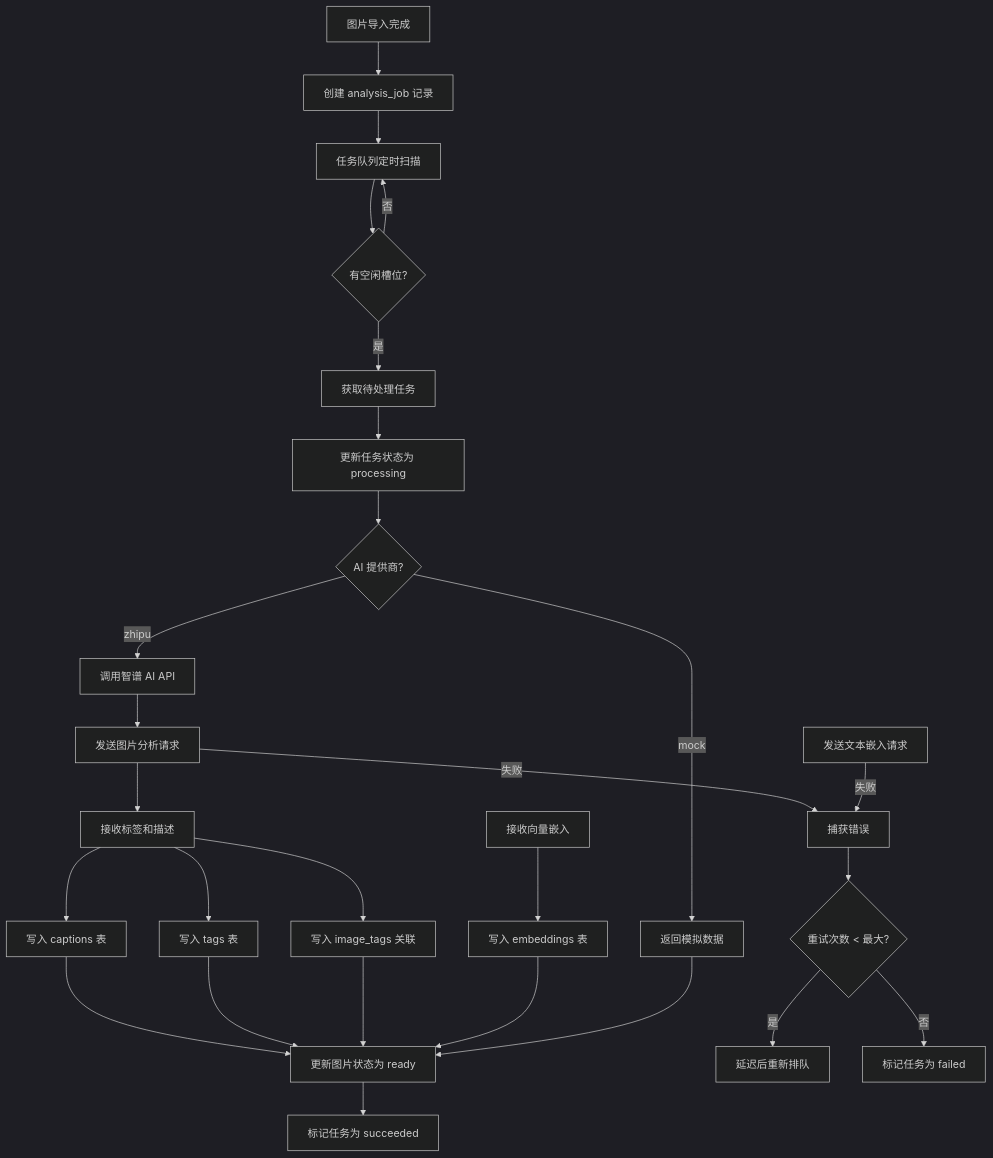
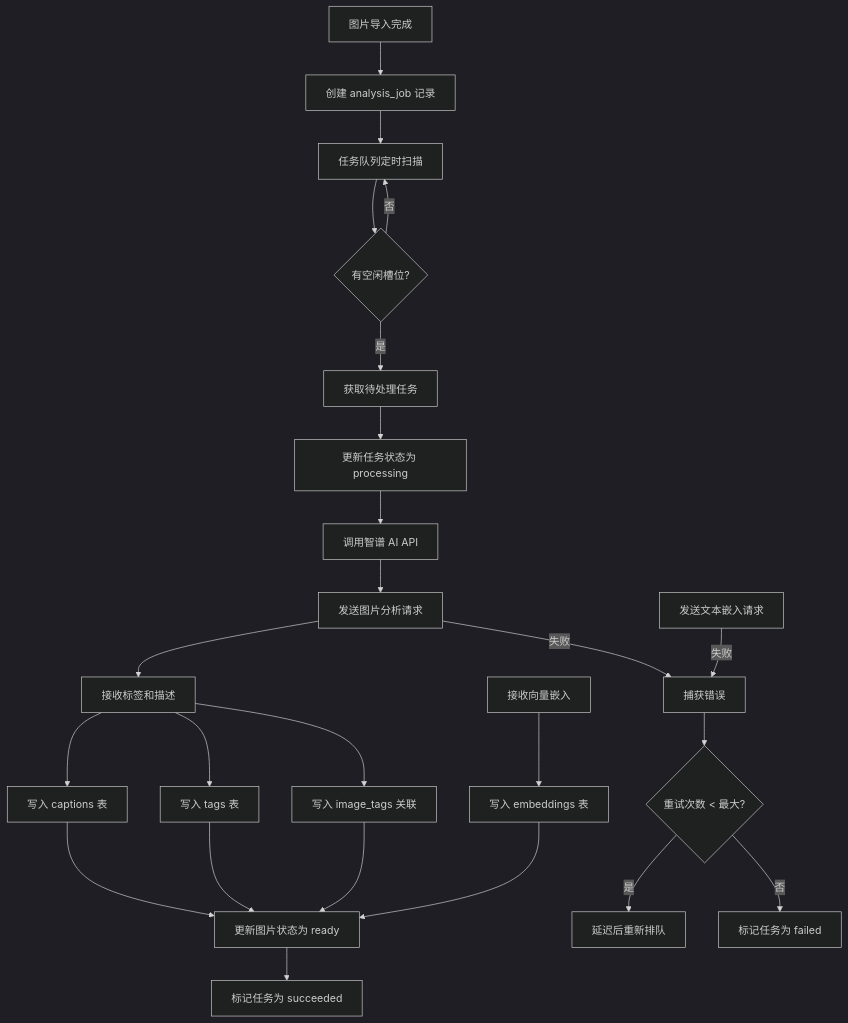
The third of 6 diagrams in ARCHITECTURE.md (JackZhang333/OpenInspiraDB), drawn with Mermaid (dark theme) before and after one commit. The commit also changed other lines of this file, not shown here.

````diff
--- a/ARCHITECTURE.md
+++ b/ARCHITECTURE.md
@@ -396,39 +406,35 @@
 ```mermaid
 flowchart TD
     A[图片导入完成] --> B[创建 analysis_job 记录]
     B --> C[任务队列定时扫描]
 
     C --> D{有空闲槽位?}
     D -->|否| C
     D -->|是| E[获取待处理任务]
 
     E --> F[更新任务状态为 processing]
-    F --> G{AI 提供商?}
+    F --> G[调用智谱 AI API]
 
-    G -->|mock| H[返回模拟数据]
-    G -->|zhipu| I[调用智谱 AI API]
+    G --> H[发送图片分析请求]
+    H --> I[接收标签和描述]
+    J[发送文本嵌入请求]
+    K[接收向量嵌入]
 
-    I --> J[发送图片分析请求]
-    J --> K[接收标签和描述]
-    L[发送文本嵌入请求]
-    M[接收向量嵌入]
+    I --> L[写入 captions 表]
+    I --> M[写入 tags 表]
+    I --> N[写入 image_tags 关联]
+    K --> O[写入 embeddings 表]
 
-    K --> N[写入 captions 表]
-    K --> O[写入 tags 表]
-    K --> P[写入 image_tags 关联]
-    M --> Q[写入 embeddings 表]
+    L --> P[更新图片状态为 ready]
+    M --> P
+    N --> P
+    O --> P
 
-    N --> R[更新图片状态为 ready]
-    O --> R
-    P --> R
-    Q --> R
-    H --> R
+    P --> Q[标记任务为 succeeded]
 
-    R --> S[标记任务为 succeeded]
-
-    J -->|失败| T[捕获错误]
-    L -->|失败| T
-    T --> U{重试次数 < 最大?}
-    U -->|是| V[延迟后重新排队]
-    U -->|否| W[标记任务为 failed]
+    H -->|失败| R[捕获错误]
+    J -->|失败| R
+    R --> S{重试次数 < 最大?}
+    S -->|是| T[延迟后重新排队]
+    S -->|否| U[标记任务为 failed]
 ```
````
